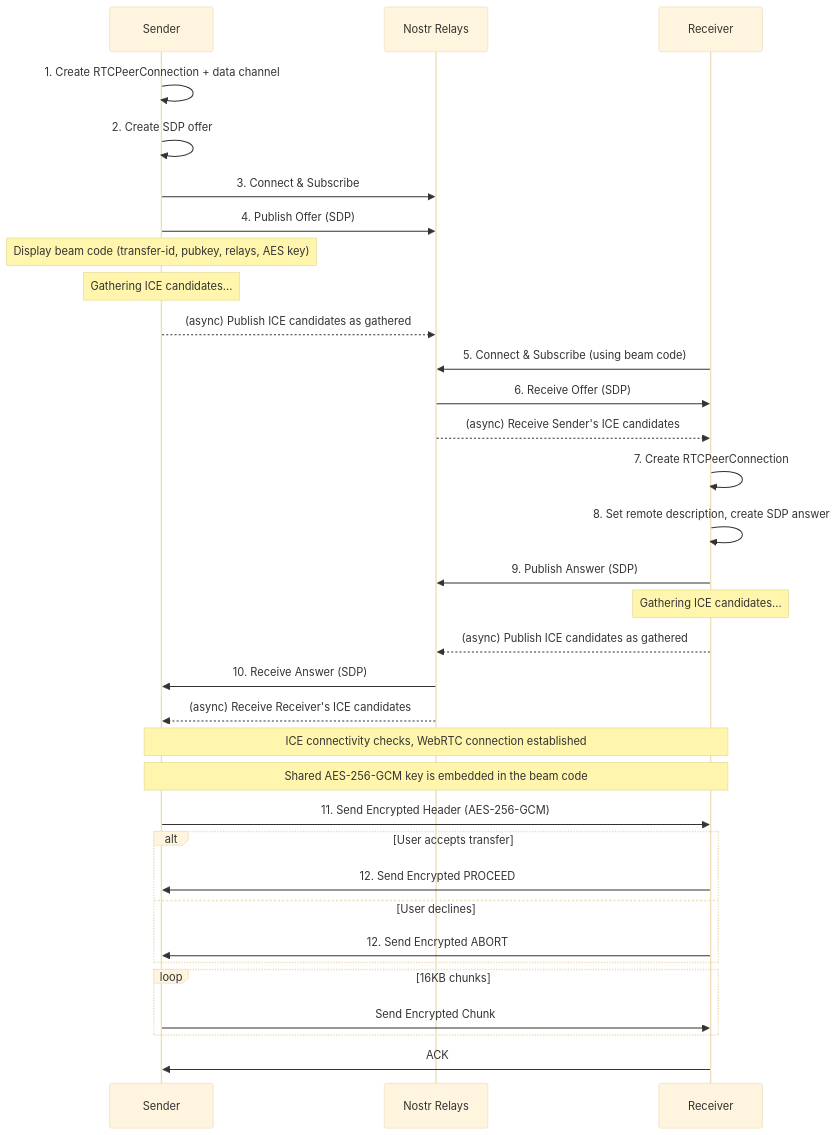
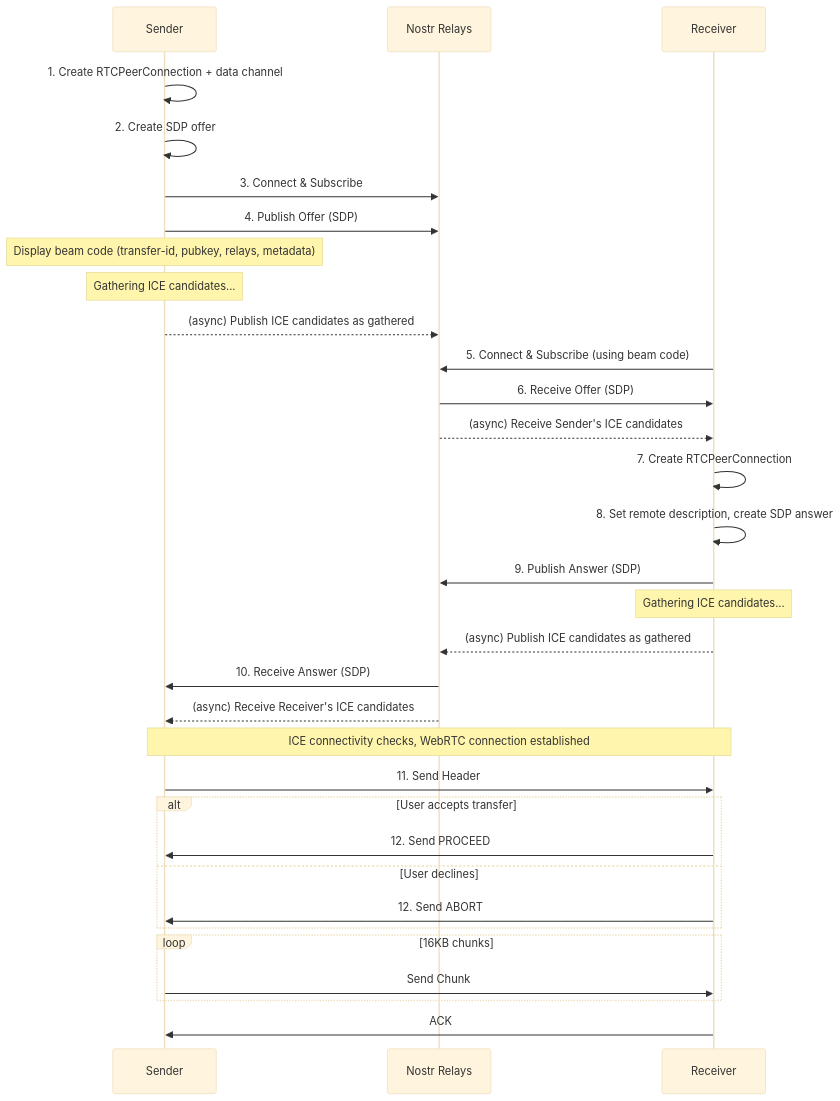
The first of 2 diagrams in docs/ARCHITECTURE.md (andrewtheguy/secure-send-cli), drawn with Mermaid (base theme) before and after one commit. The commit also changed other lines of this file and 18 other files, not shown here.

First line of the commit message:
Refactor WebRTC transfer to remove encryption key handling

````diff
--- a/docs/ARCHITECTURE.md
+++ b/docs/ARCHITECTURE.md
@@ -24,46 +24,45 @@
 ```mermaid
 sequenceDiagram
     participant Sender
     participant Nostr as Nostr Relays
     participant Receiver
 
     Sender->>Sender: 1. Create RTCPeerConnection + data channel
     Sender->>Sender: 2. Create SDP offer
     Sender->>Nostr: 3. Connect & Subscribe
     Sender->>Nostr: 4. Publish Offer (SDP)
 
-    Note over Sender: Display beam code (transfer-id, pubkey, relays, AES key)
+    Note over Sender: Display beam code (transfer-id, pubkey, relays, metadata)
     Note over Sender: Gathering ICE candidates...
 
     Sender-->>Nostr: (async) Publish ICE candidates as gathered
 
     Receiver->>Nostr: 5. Connect & Subscribe (using beam code)
     Nostr->>Receiver: 6. Receive Offer (SDP)
     Nostr-->>Receiver: (async) Receive Sender's ICE candidates
 
     Receiver->>Receiver: 7. Create RTCPeerConnection
     Receiver->>Receiver: 8. Set remote description, create SDP answer
     Receiver->>Nostr: 9. Publish Answer (SDP)
 
     Note over Receiver: Gathering ICE candidates...
     Receiver-->>Nostr: (async) Publish ICE candidates as gathered
 
     Nostr->>Sender: 10. Receive Answer (SDP)
     Nostr-->>Sender: (async) Receive Receiver's ICE candidates
 
     Note over Sender,Receiver: ICE connectivity checks, WebRTC connection established
 
-    Note over Sender,Receiver: Shared AES-256-GCM key is embedded in the beam code
-    Sender->>Receiver: 11. Send Encrypted Header (AES-256-GCM)
+    Sender->>Receiver: 11. Send Header
     alt User accepts transfer
-        Receiver->>Sender: 12. Send Encrypted PROCEED
+        Receiver->>Sender: 12. Send PROCEED
     else User declines
-        Receiver->>Sender: 12. Send Encrypted ABORT
+        Receiver->>Sender: 12. Send ABORT
     end
 
     loop 16KB chunks
-        Sender->>Receiver: Send Encrypted Chunk
+        Sender->>Receiver: Send Chunk
     end
 
     Receiver->>Sender: ACK
 ```
````
